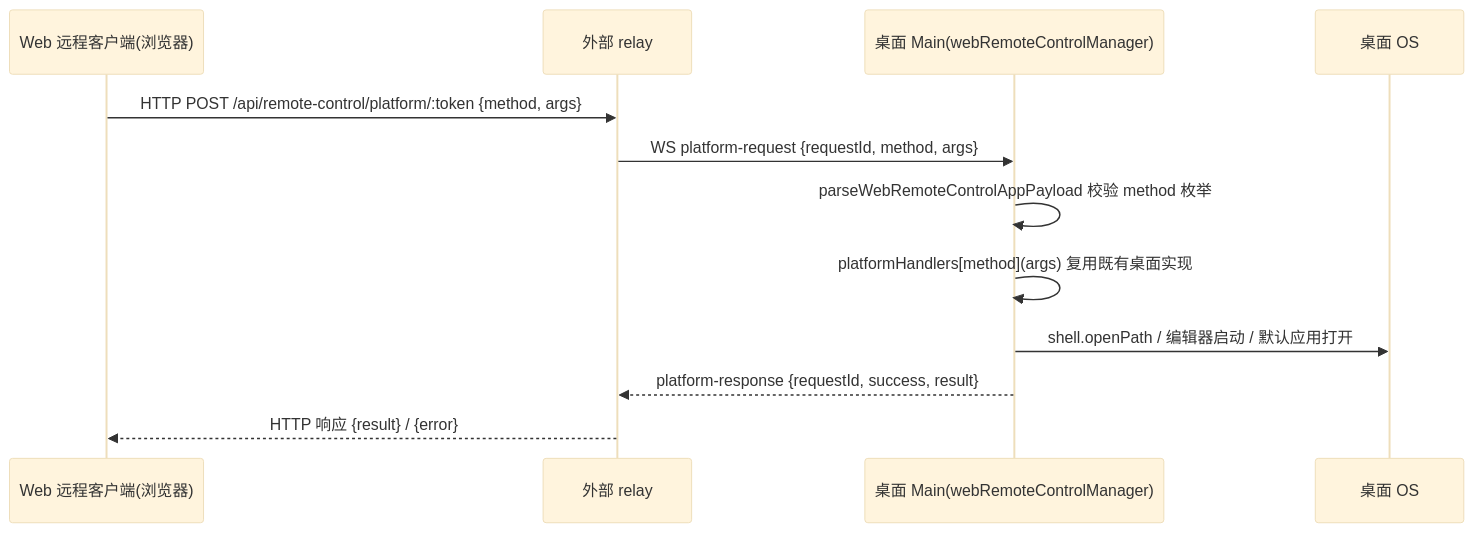
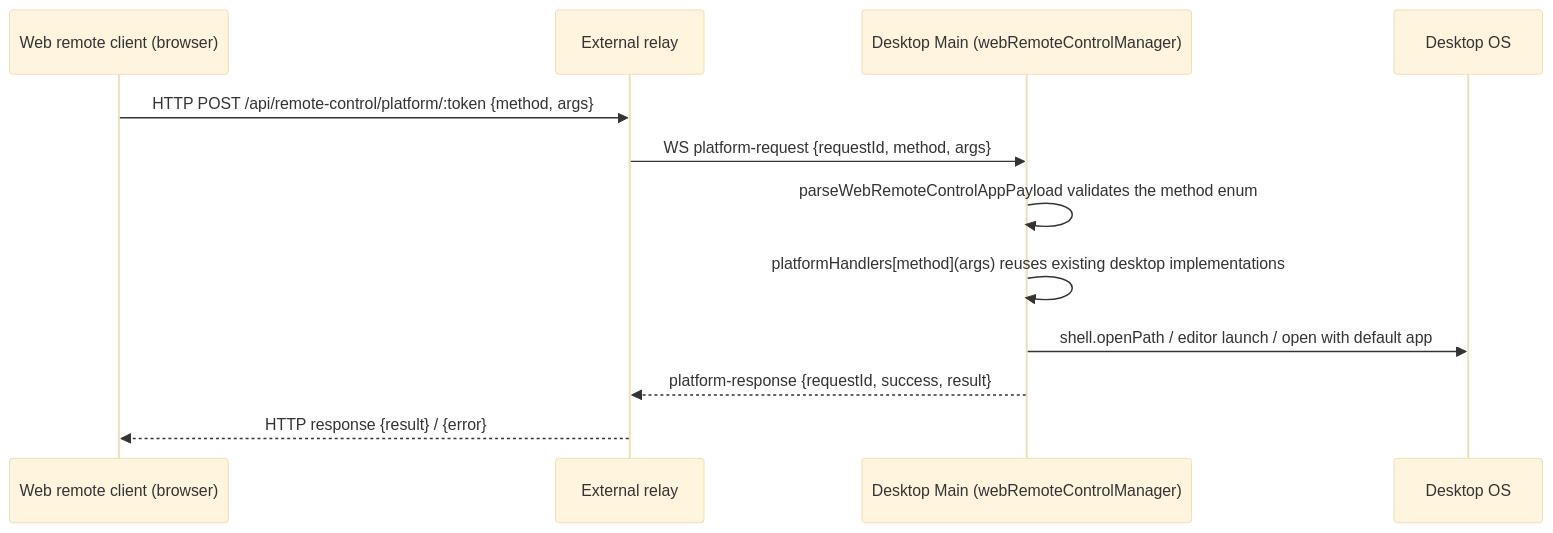
One commit to osben/ZCode changed the diagram in docs/specs/web-remote-open-on-desktop.md. Above: the diagram before and after it, drawn with Mermaid (base theme). The commit also changed other lines of this file and 1 other file, not shown here.

Commit message:
docs(web-remote): translate open-on-desktop spec and comments to English

````diff
--- a/docs/specs/web-remote-open-on-desktop.md
+++ b/docs/specs/web-remote-open-on-desktop.md
@@ -7,14 +7,14 @@
 ```mermaid
 sequenceDiagram
-    participant Web as Web 远程客户端(浏览器)
-    participant Relay as 外部 relay
-    participant Main as 桌面 Main(webRemoteControlManager)
-    participant OS as 桌面 OS
+    participant Web as Web remote client (browser)
+    participant Relay as External relay
+    participant Main as Desktop Main (webRemoteControlManager)
+    participant OS as Desktop OS
     Web->>Relay: HTTP POST /api/remote-control/platform/:token {method, args}
     Relay->>Main: WS platform-request {requestId, method, args}
-    Main->>Main: parseWebRemoteControlAppPayload 校验 method 枚举
-    Main->>Main: platformHandlers[method](args) 复用既有桌面实现
-    Main->>OS: shell.openPath / 编辑器启动 / 默认应用打开
+    Main->>Main: parseWebRemoteControlAppPayload validates the method enum
+    Main->>Main: platformHandlers[method](args) reuses existing desktop implementations
+    Main->>OS: shell.openPath / editor launch / open with default app
     Main-->>Relay: platform-response {requestId, success, result}
-    Relay-->>Web: HTTP 响应 {result} / {error}
+    Relay-->>Web: HTTP response {result} / {error}
 ```
````
